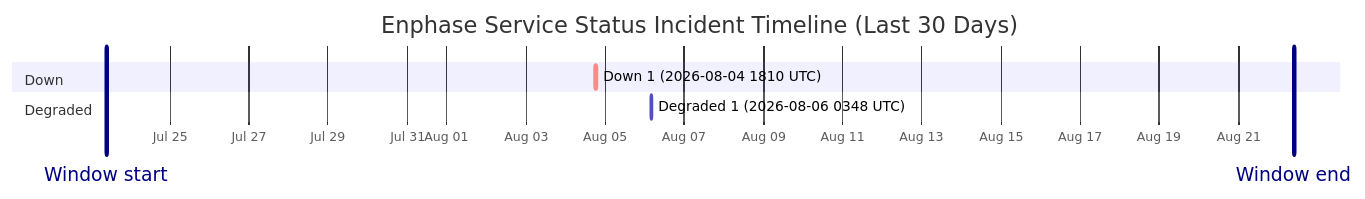
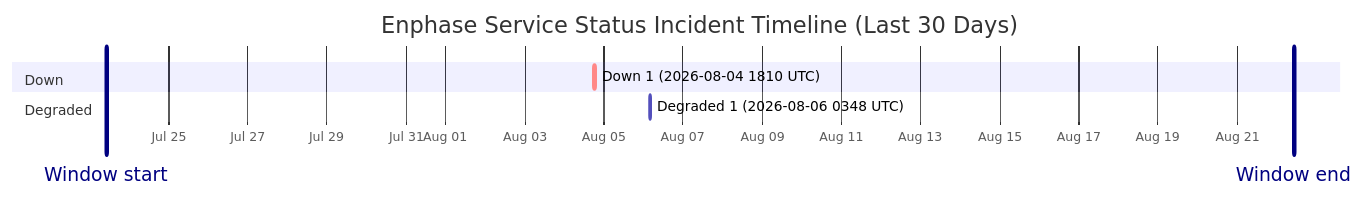
The diagram in wiki/Service-Status-History.md (barneyonline/ha-enphase-energy), drawn with Mermaid before and after one commit. The commit also changed other lines of this file and 3 other files, not shown here.

````diff
--- a/wiki/Service-Status-History.md
+++ b/wiki/Service-Status-History.md
@@ -14,12 +14,12 @@
 ```mermaid
 gantt
     title Enphase Service Status Incident Timeline (Last 30 Days)
     dateFormat  YYYY-MM-DDTHH:mm:ss
     axisFormat  %b %d
-    Window start :vert, window-start, 2026-07-23T09:34:32, 0ms
-    Window end :vert, window-end, 2026-08-22T09:34:32, 0ms
+    Window start :vert, window-start, 2026-07-23T10:20:50, 0ms
+    Window end :vert, window-end, 2026-08-22T10:20:50, 0ms
     section Down
     Down 1 (2026-08-04 1810 UTC) :crit, down-1, 2026-08-04T18:10:46, 60m
     section Degraded
     Degraded 1 (2026-08-06 0348 UTC) :active, degraded-1, 2026-08-06T03:48:14, 60m
 ```
````
